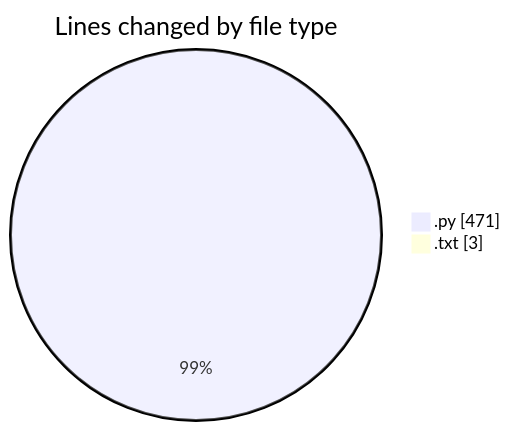
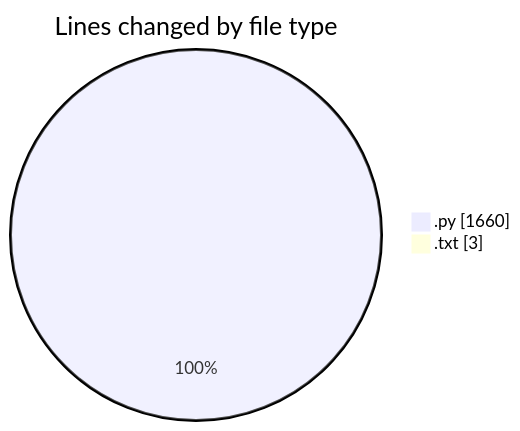
The first of 2 diagrams in 2025-07-09/toolsopenemalpass/README.md (lephambinh05/code-tracking), drawn with Mermaid before and after one commit. The commit also changed other lines of this file and 1 other file, not shown here.

````diff
--- a/2025-07-09/toolsopenemalpass/README.md
+++ b/2025-07-09/toolsopenemalpass/README.md
@@ -22,6 +28,6 @@
 ```mermaid
 pie showData
 title Lines changed by file type
-".py" : 471
+".py" : 1660
 ".txt" : 3
 ```
````
